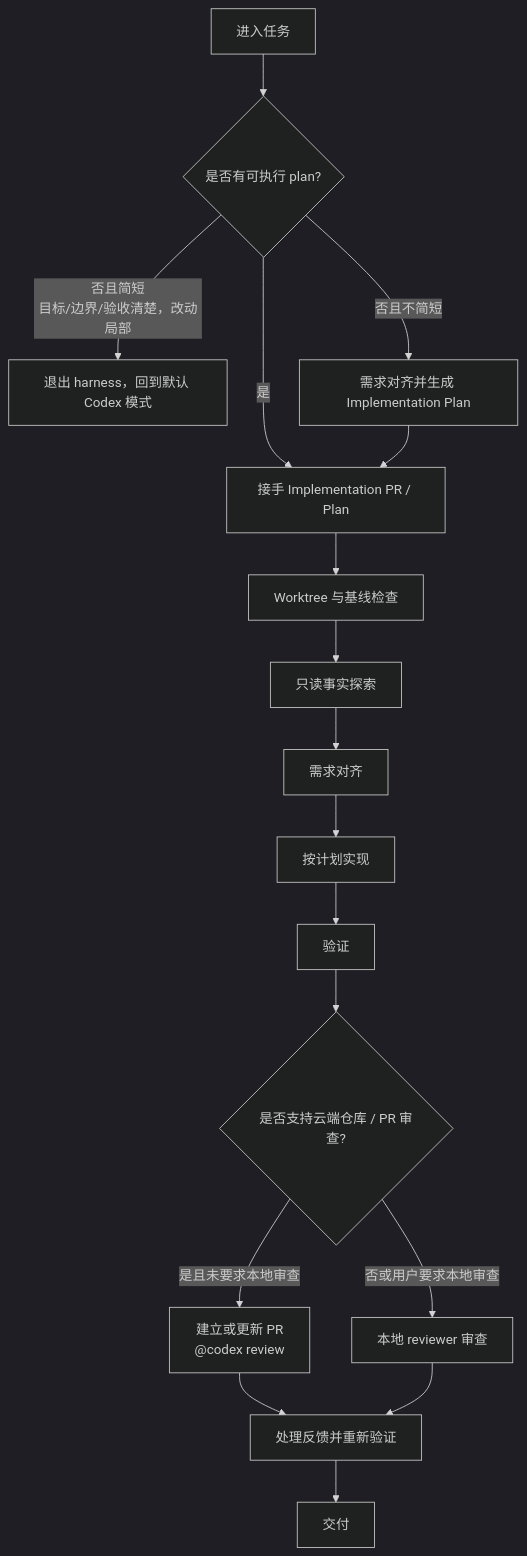
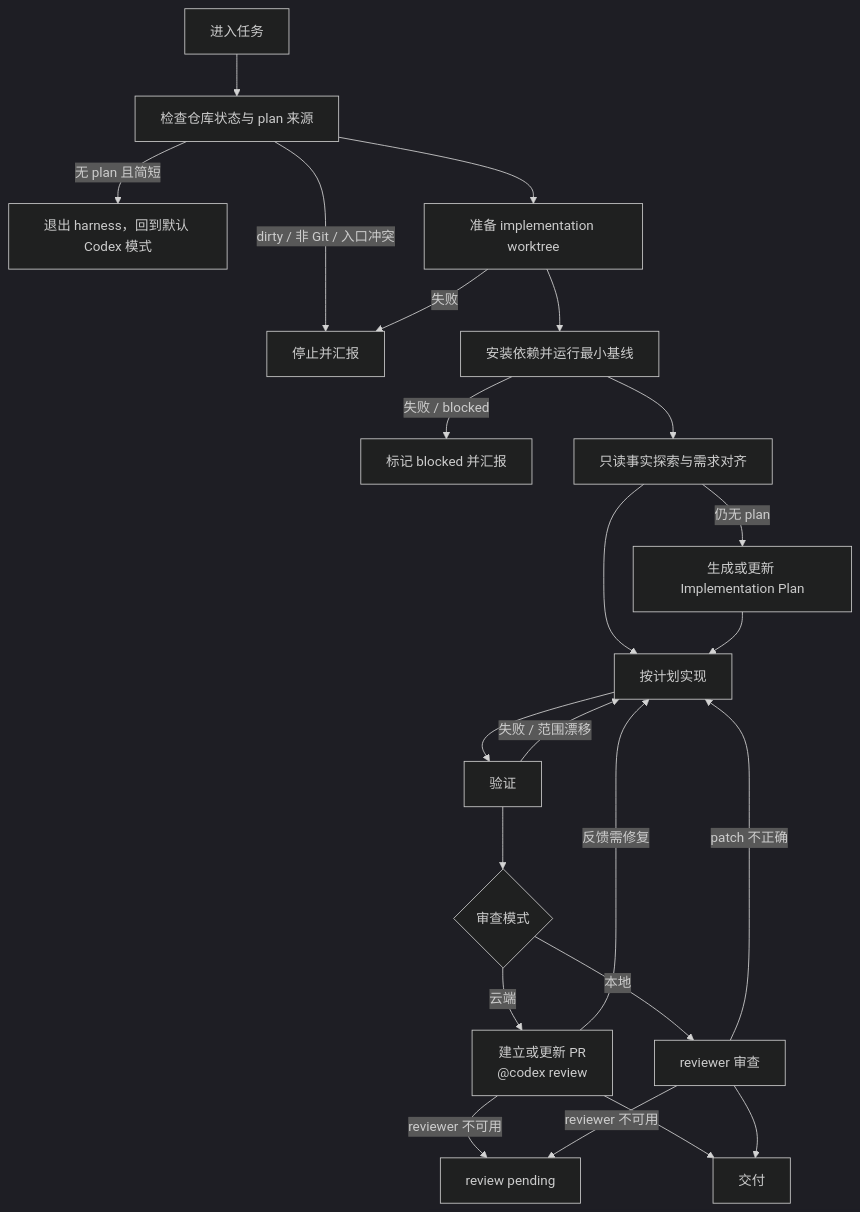
The diagram in plugin/skills/harness/SKILL.md (DoraemonHugU/oh-my-harness), drawn with Mermaid (dark theme) before and after one commit. The commit also changed other lines of this file and 5 other files, not shown here.

````diff
--- a/plugin/skills/harness/SKILL.md
+++ b/plugin/skills/harness/SKILL.md
@@ -14,19 +14,25 @@
 ```mermaid
 flowchart TD
-    A["进入任务"] --> B{"是否有可执行 plan?"}
-    B -- "是" --> C["接手 Implementation PR / Plan"]
-    B -- "否且简短\n目标/边界/验收清楚，改动局部" --> Z["退出 harness，回到默认 Codex 模式"]
-    B -- "否且不简短" --> D["需求对齐并生成 Implementation Plan"]
-    D --> C
-    C --> E["Worktree 与基线检查"]
-    E --> F["只读事实探索"]
-    F --> G["需求对齐"]
-    G --> H["按计划实现"]
-    H --> I["验证"]
-    I --> J{"是否支持云端仓库 / PR 审查?"}
-    J -- "是且未要求本地审查" --> K["建立或更新 PR\n@codex review"]
-    J -- "否或用户要求本地审查" --> L["本地 reviewer 审查"]
-    K --> M["处理反馈并重新验证"]
-    L --> M
-    M --> N["交付"]
+    A["进入任务"] --> B["检查仓库状态与 plan 来源"]
+    B -- "无 plan 且简短" --> Z["退出 harness，回到默认 Codex 模式"]
+    B -- "dirty / 非 Git / 入口冲突" --> X["停止并汇报"]
+    B --> C["准备 implementation worktree"]
+    C -- "失败" --> X
+    C --> D["安装依赖并运行最小基线"]
+    D -- "失败 / blocked" --> Y["标记 blocked 并汇报"]
+    D --> E["只读事实探索与需求对齐"]
+    E -- "仍无 plan" --> F["生成或更新 Implementation Plan"]
+    E --> G["按计划实现"]
+    F --> G
+    G --> H["验证"]
+    H -- "失败 / 范围漂移" --> G
+    H --> I{"审查模式"}
+    I -- "云端" --> J["建立或更新 PR\n@codex review"]
+    I -- "本地" --> K["reviewer 审查"]
+    J -- "reviewer 不可用" --> M["review pending"]
+    J -- "反馈需修复" --> G
+    K -- "patch 不正确" --> G
+    K -- "reviewer 不可用" --> M
+    J --> N["交付"]
+    K --> N
 ```
````
